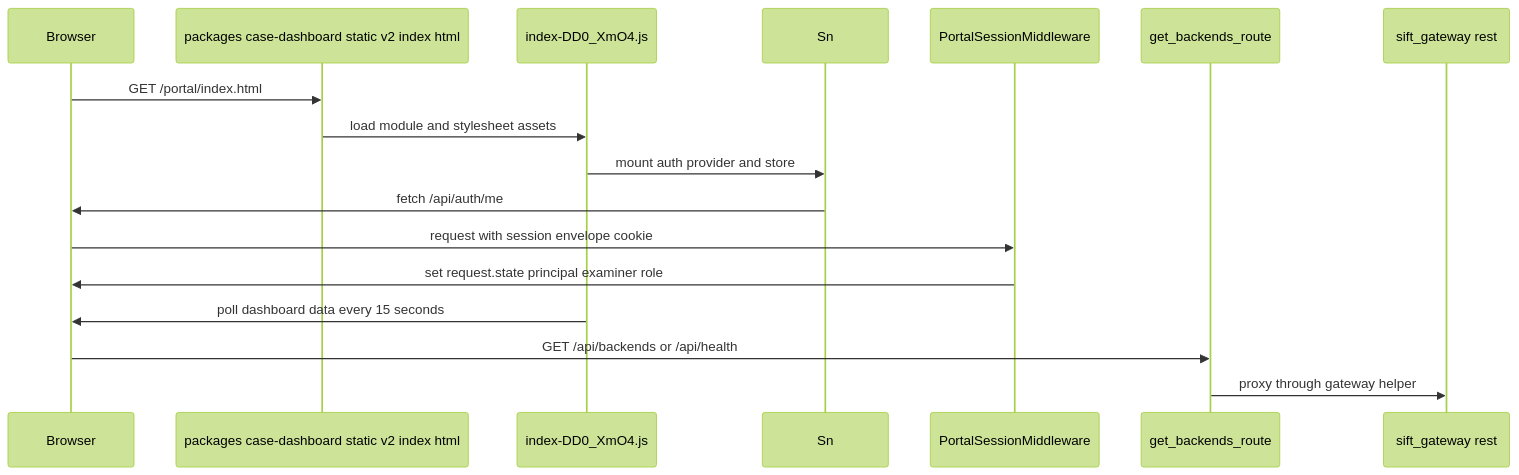
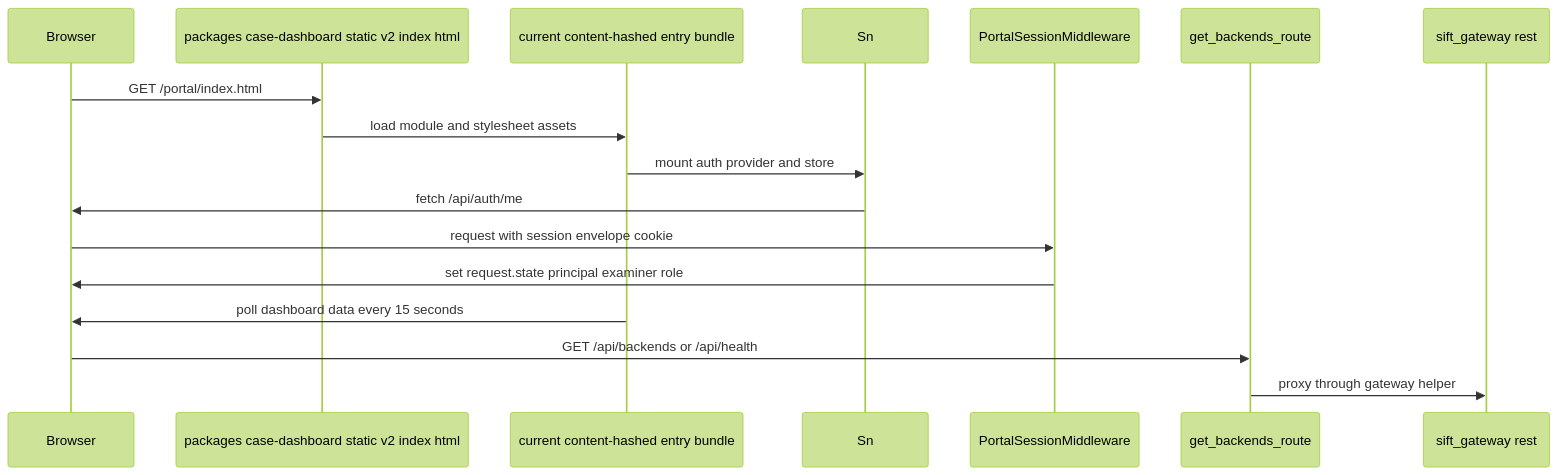
The diagram in docs/examples/07 - Dashboard backend, auth, and static delivery.md (xyehya/sift-mcps), drawn with Mermaid (forest theme) before and after one commit. The commit also changed other lines of this file and 6 other files, not shown here.

````diff
--- a/docs/examples/07 - Dashboard backend, auth, and static delivery.md
+++ b/docs/examples/07 - Dashboard backend, auth, and static delivery.md
@@ -9,20 +9,20 @@
 ```mermaid
 sequenceDiagram
 participant browser as Browser
 participant html as packages case-dashboard static v2 index html
-participant bundle as index-DD0_XmO4.js
+participant bundle as current content-hashed entry bundle
 participant auth as Sn
 participant mw as PortalSessionMiddleware
 participant route as get_backends_route
 participant gateway as sift_gateway rest
 
 browser->>html: GET /portal/index.html
 html->>bundle: load module and stylesheet assets
 bundle->>auth: mount auth provider and store
 auth->>browser: fetch /api/auth/me
 browser->>mw: request with session envelope cookie
 mw->>browser: set request.state principal examiner role
 bundle->>browser: poll dashboard data every 15 seconds
 browser->>route: GET /api/backends or /api/health
 route->>gateway: proxy through gateway helper
 ```
````
